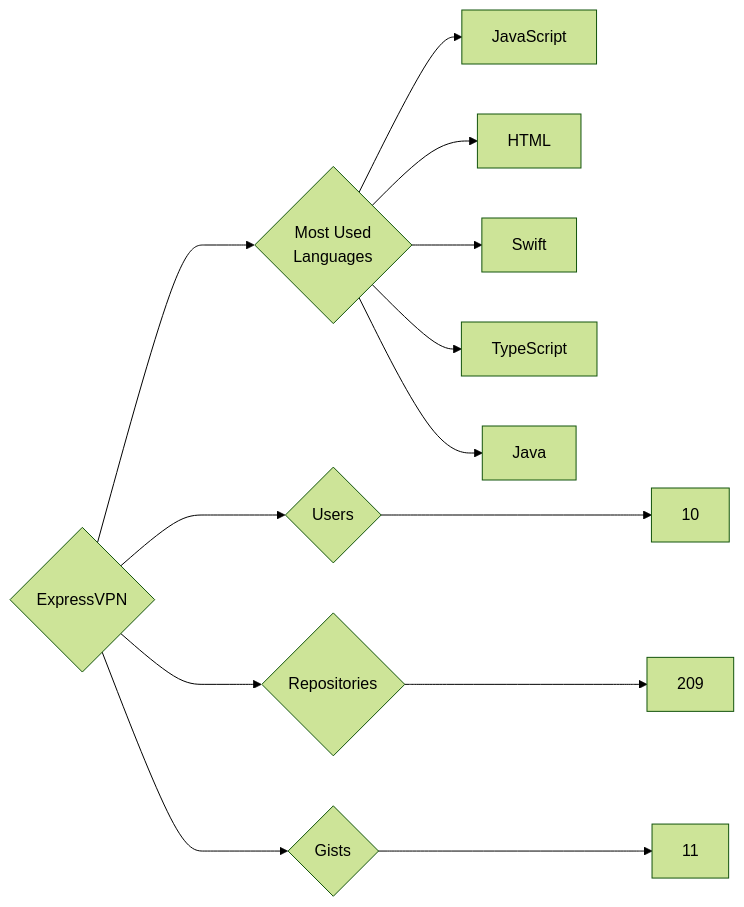
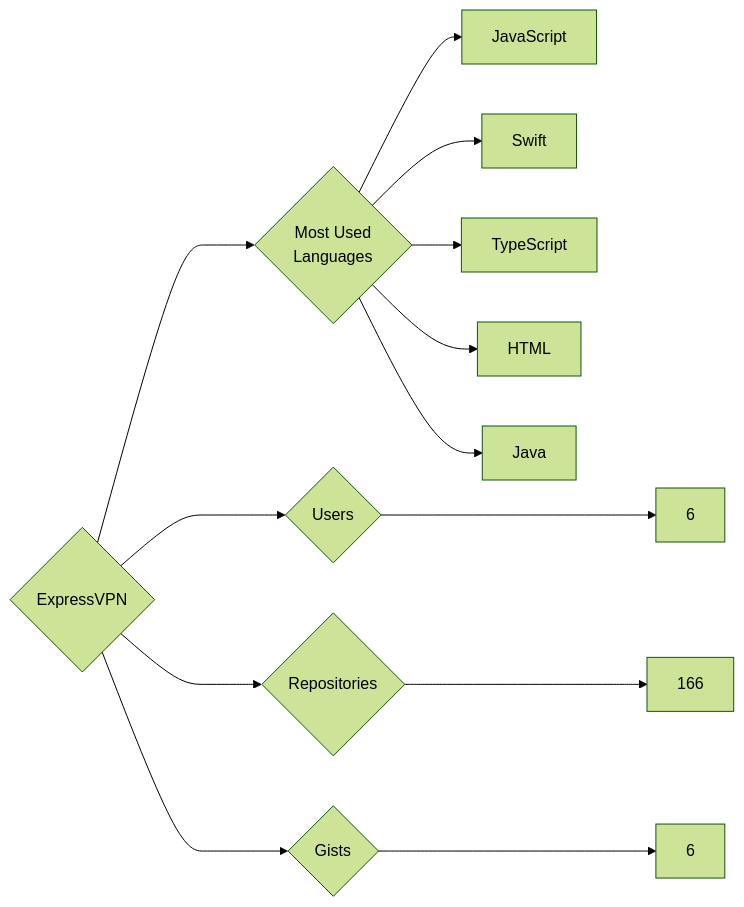
The diagram in targets/ExpressVPN/README.md (trickest/insiders), drawn with Mermaid (forest theme) before and after one commit. The commit also changed 1088 other files, not shown here.

````diff
--- a/targets/ExpressVPN/README.md
+++ b/targets/ExpressVPN/README.md
@@ -3,13 +3,13 @@
 ```mermaid
 graph LR
 COMPANY_NAME{ExpressVPN}
-COMPANY_NAME ---> U{Users} ---> UN[10]
-COMPANY_NAME ---> R{Repositories} ---> RN[209]
-COMPANY_NAME ---> G{Gists} ---> GN[11]
+COMPANY_NAME ---> U{Users} ---> UN[6]
+COMPANY_NAME ---> R{Repositories} ---> RN[166]
+COMPANY_NAME ---> G{Gists} ---> GN[6]
 COMPANY_NAME ---> ML{Most Used<br>Languages}
 ML --> JavaScript[JavaScript]
-ML --> HTML[HTML]
 ML --> Swift[Swift]
 ML --> TypeScript[TypeScript]
+ML --> HTML[HTML]
 ML --> Java[Java]
 ```
````
